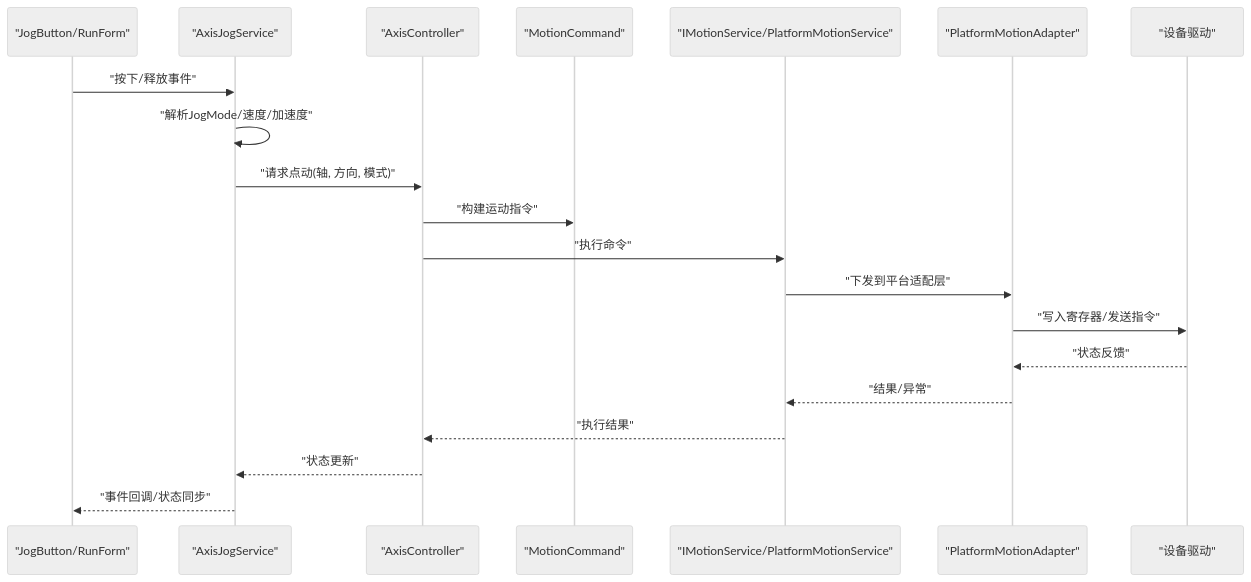
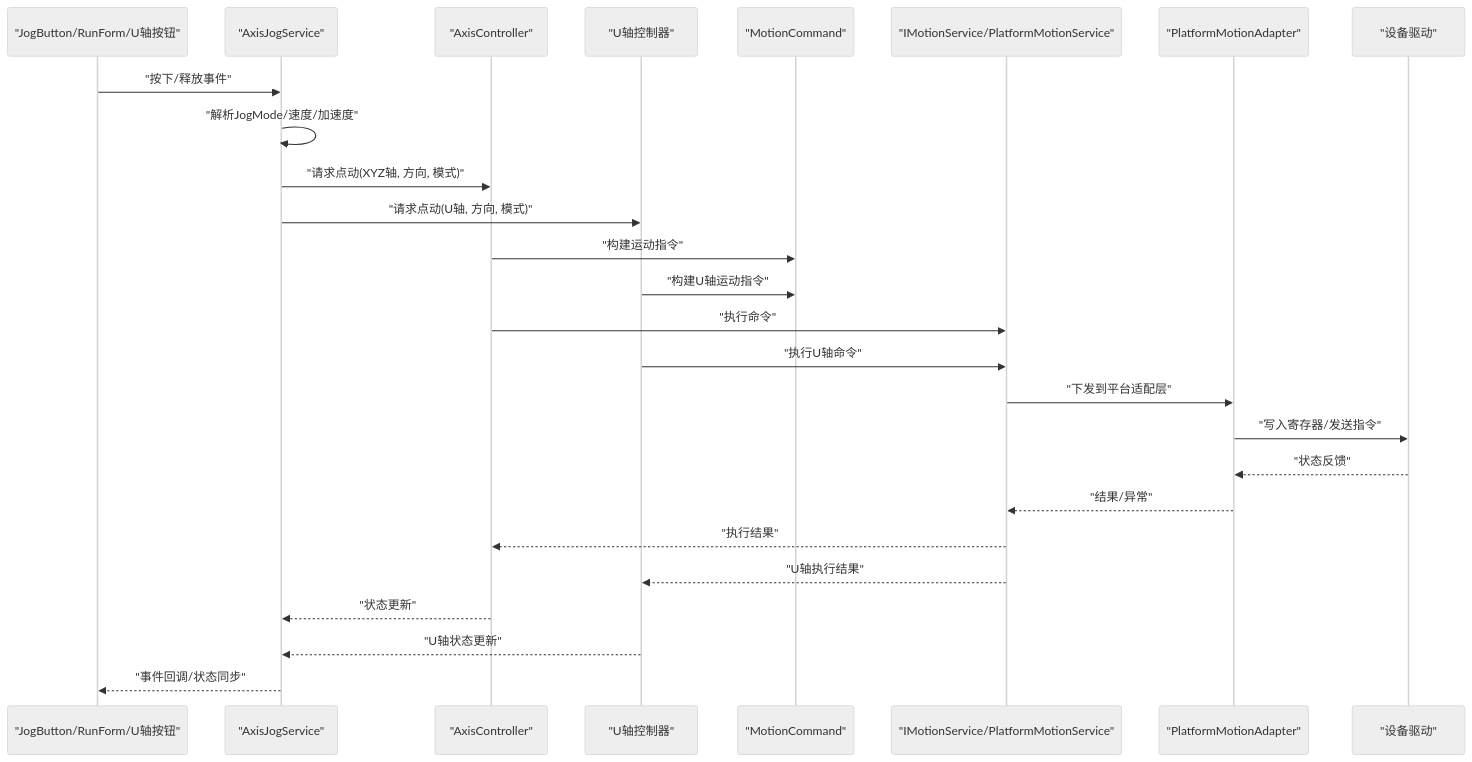
One commit to fuweiq94-cloud/339918076 changed the second of 6 diagrams in .qoder/repowiki/zh/content/运动控制系统/Jog点动控制系统.md. Above: the diagram before and after it, drawn with Mermaid (neutral theme). The commit also changed other lines of this file and 84 other files, not shown here.

````diff
--- a/.qoder/repowiki/zh/content/运动控制系统/Jog点动控制系统.md
+++ b/.qoder/repowiki/zh/content/运动控制系统/Jog点动控制系统.md
@@ -128,22 +143,28 @@
 ```mermaid
 sequenceDiagram
-participant UI as "JogButton/RunForm"
+participant UI as "JogButton/RunForm/U轴按钮"
 participant Service as "AxisJogService"
 participant Ctrl as "AxisController"
+participant UCtrl as "U轴控制器"
 participant Cmd as "MotionCommand"
 participant Svc as "IMotionService/PlatformMotionService"
 participant Adapter as "PlatformMotionAdapter"
 participant HW as "设备驱动"
 UI->>Service : "按下/释放事件"
 Service->>Service : "解析JogMode/速度/加速度"
-Service->>Ctrl : "请求点动(轴, 方向, 模式)"
+Service->>Ctrl : "请求点动(XYZ轴, 方向, 模式)"
+Service->>UCtrl : "请求点动(U轴, 方向, 模式)"
 Ctrl->>Cmd : "构建运动指令"
+UCtrl->>Cmd : "构建U轴运动指令"
 Ctrl->>Svc : "执行命令"
+UCtrl->>Svc : "执行U轴命令"
 Svc->>Adapter : "下发到平台适配层"
 Adapter->>HW : "写入寄存器/发送指令"
 HW-->>Adapter : "状态反馈"
 Adapter-->>Svc : "结果/异常"
 Svc-->>Ctrl : "执行结果"
+Svc-->>UCtrl : "U轴执行结果"
 Ctrl-->>Service : "状态更新"
+UCtrl-->>Service : "U轴状态更新"
 Service-->>UI : "事件回调/状态同步"
 ```
````
